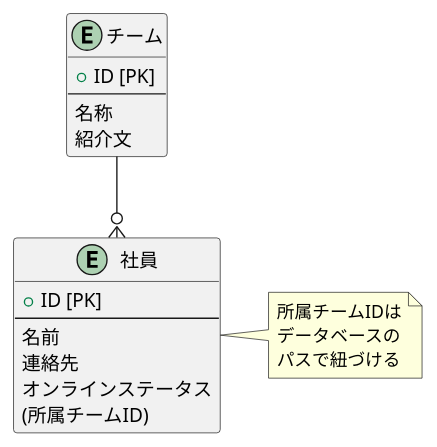
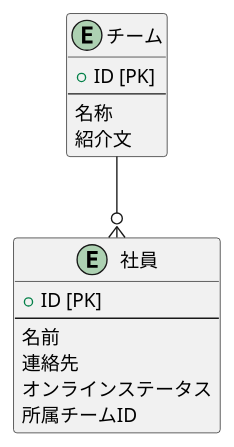
One commit to zakzakst/object-oriented-practice changed the fifth of 5 diagrams in 02_member-list-app/3_実装用の図.md. Above: the diagram before and after it, drawn with PlantUML.

Commit message:
練習2：社員名簿アプリ（実装用の図追加）

````diff
--- a/02_member-list-app/3_実装用の図.md
+++ b/02_member-list-app/3_実装用の図.md
@@ -88,20 +88,19 @@
 ```puml
 @startuml
 entity チーム {
   + ID [PK]
   ---
   名称
   紹介文
 }
 entity 社員 {
   + ID [PK]
   ---
   名前
   連絡先
   オンラインステータス
-  (所属チームID)
+  所属チームID
 }
-note right: 所属チームIDは\nデータベースの\nパスで紐づける
 チーム --o{ 社員
 @enduml
 ```
````
